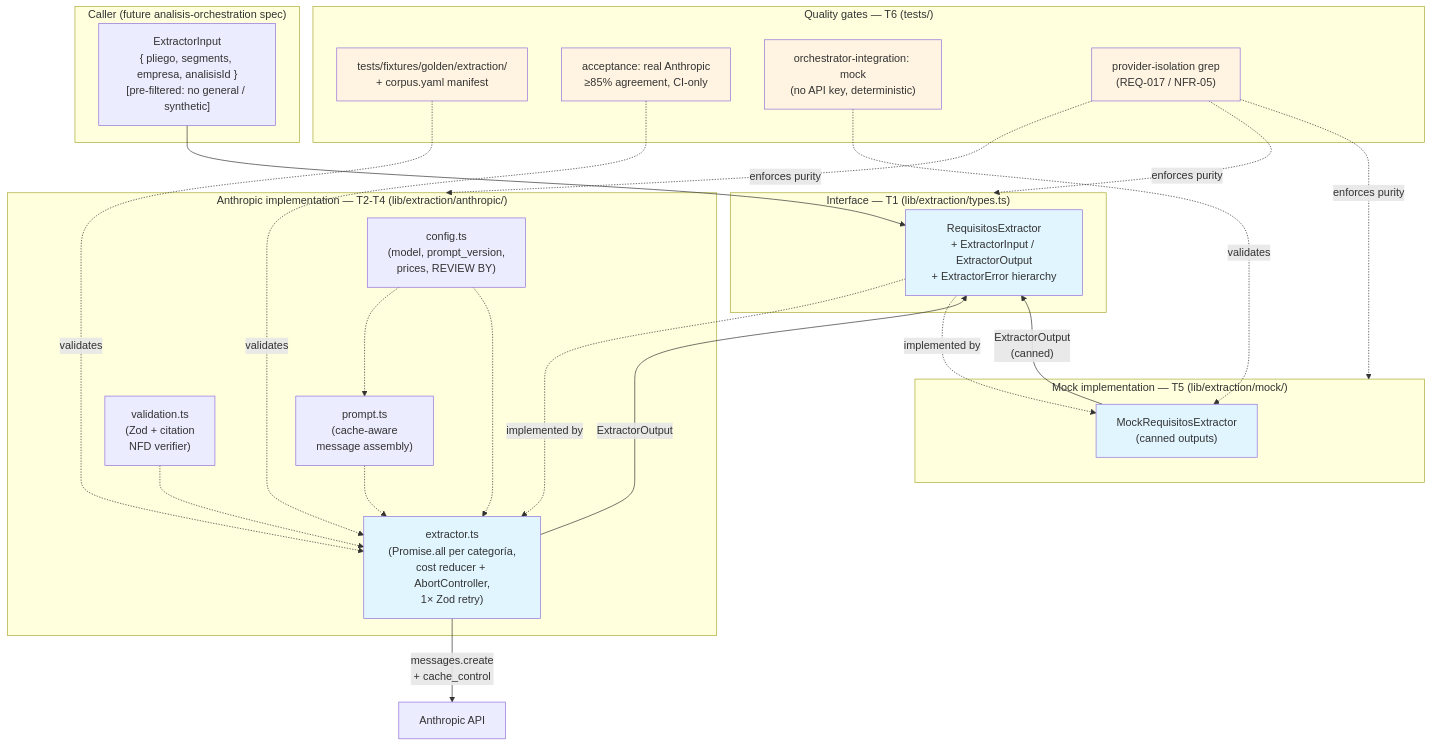
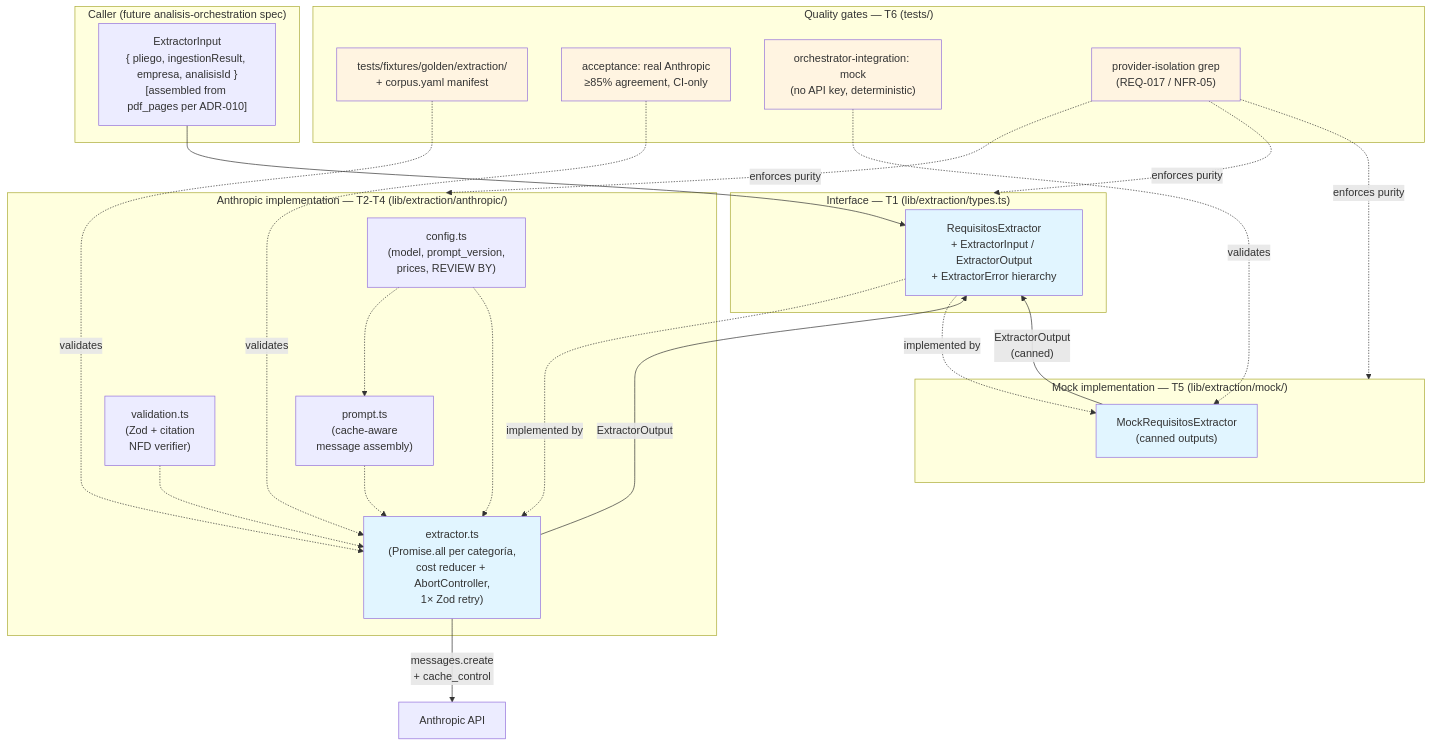
One commit to agentezai/coltratos changed the first of 3 diagrams in docs/requisitos-extraction/feat/00-overview.md. Above: the diagram before and after it, drawn with Mermaid. The commit also changed other lines of this file and 24 other files, not shown here.

````diff
--- a/docs/requisitos-extraction/feat/00-overview.md
+++ b/docs/requisitos-extraction/feat/00-overview.md
@@ -16,54 +16,54 @@
 ```mermaid
 flowchart TD
     subgraph Caller["Caller (future analisis-orchestration spec)"]
-        Input["ExtractorInput\n{ pliego, segments, empresa, analisisId }\n[pre-filtered: no general / synthetic]"]
+        Input["ExtractorInput\n{ pliego, ingestionResult, empresa, analisisId }\n[assembled from pdf_pages per ADR-010]"]
     end
 
     subgraph Interface["Interface — T1 (lib/extraction/types.ts)"]
         Iface["RequisitosExtractor\n+ ExtractorInput / ExtractorOutput\n+ ExtractorError hierarchy"]
     end
 
     subgraph Anthropic["Anthropic implementation — T2-T4 (lib/extraction/anthropic/)"]
         Config["config.ts\n(model, prompt_version,\nprices, REVIEW BY)"]
         Prompt["prompt.ts\n(cache-aware\nmessage assembly)"]
         Validate["validation.ts\n(Zod + citation\nNFD verifier)"]
         Extractor["extractor.ts\n(Promise.all per categoría,\ncost reducer + AbortController,\n1× Zod retry)"]
     end
 
     subgraph Mock["Mock implementation — T5 (lib/extraction/mock/)"]
         MockExt["MockRequisitosExtractor\n(canned outputs)"]
     end
 
     subgraph Quality["Quality gates — T6 (tests/)"]
         Corpus["tests/fixtures/golden/extraction/\n+ corpus.yaml manifest"]
         AcceptReal["acceptance: real Anthropic\n≥85% agreement, CI-only"]
         AcceptMock["orchestrator-integration: mock\n(no API key, deterministic)"]
         Grep["provider-isolation grep\n(REQ-017 / NFR-05)"]
     end
 
     Input --> Iface
     Iface -.->|"implemented by"| Extractor
     Iface -.->|"implemented by"| MockExt
     Config -.-> Prompt
     Config -.-> Extractor
     Prompt -.-> Extractor
     Validate -.-> Extractor
     Extractor -->|"messages.create\n+ cache_control"| Claude["Anthropic API"]
     Extractor -->|"ExtractorOutput"| Iface
     MockExt -->|"ExtractorOutput\n(canned)"| Iface
 
     Corpus -.->|"validates"| Extractor
     AcceptReal -.->|"validates"| Extractor
     AcceptMock -.->|"validates"| MockExt
     Grep -.->|"enforces purity"| Anthropic
     Grep -.->|"enforces purity"| Interface
     Grep -.->|"enforces purity"| Mock
 
     style Iface fill:#e1f5ff
     style Extractor fill:#e1f5ff
     style MockExt fill:#e1f5ff
     style Corpus fill:#fff4e1
     style AcceptReal fill:#fff4e1
     style AcceptMock fill:#fff4e1
     style Grep fill:#fff4e1
 ```
````
